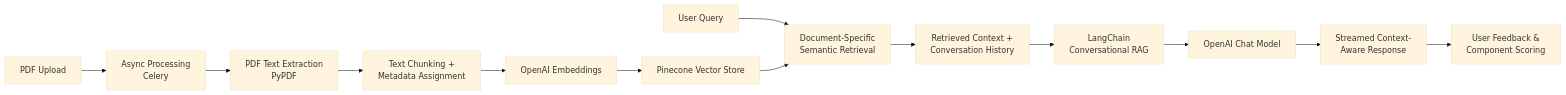
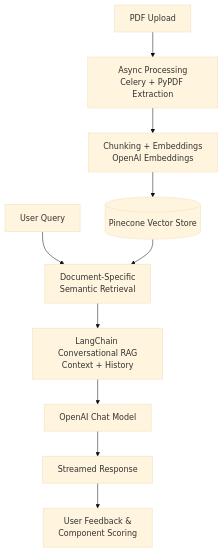
The second of 7 diagrams in README.md (Kbansheen/minor-project), drawn with Mermaid (base theme) before and after one commit. The commit also changed other lines of this file, not shown here.

First line of the commit message:
Revise README with updated diagrams and capabilities

````diff
--- a/README.md
+++ b/README.md
@@ -81,15 +82,12 @@
 ```mermaid
-graph LR
-    A[PDF Upload] --> B[Async Processing<br/>Celery]
-    B --> C[PDF Text Extraction<br/>PyPDF]
-    C --> D[Text Chunking +<br/>Metadata Assignment]
-    D --> E[OpenAI Embeddings]
-    E --> F[Pinecone Vector Store]
-    Q[User Query] --> G
-    F --> G[Document-Specific<br/>Semantic Retrieval]
-    G --> H[Retrieved Context +<br/>Conversation History]
-    H --> I[LangChain<br/>Conversational RAG]
-    I --> J[OpenAI Chat Model]
-    J --> K[Streamed Context-<br/>Aware Response]
-    K --> L[User Feedback &<br/>Component Scoring]
+graph TD
+    A[PDF Upload] --> B[Async Processing<br/>Celery + PyPDF Extraction]
+    B --> C[Chunking + Embeddings<br/>OpenAI Embeddings]
+    C --> D[(Pinecone Vector Store)]
+    Q[User Query] --> E
+    D --> E[Document-Specific<br/>Semantic Retrieval]
+    E --> F[LangChain Conversational RAG<br/>Context + History]
+    F --> G[OpenAI Chat Model]
+    G --> H[Streamed Response]
+    H --> I[User Feedback &<br/>Component Scoring]
 ```
````
